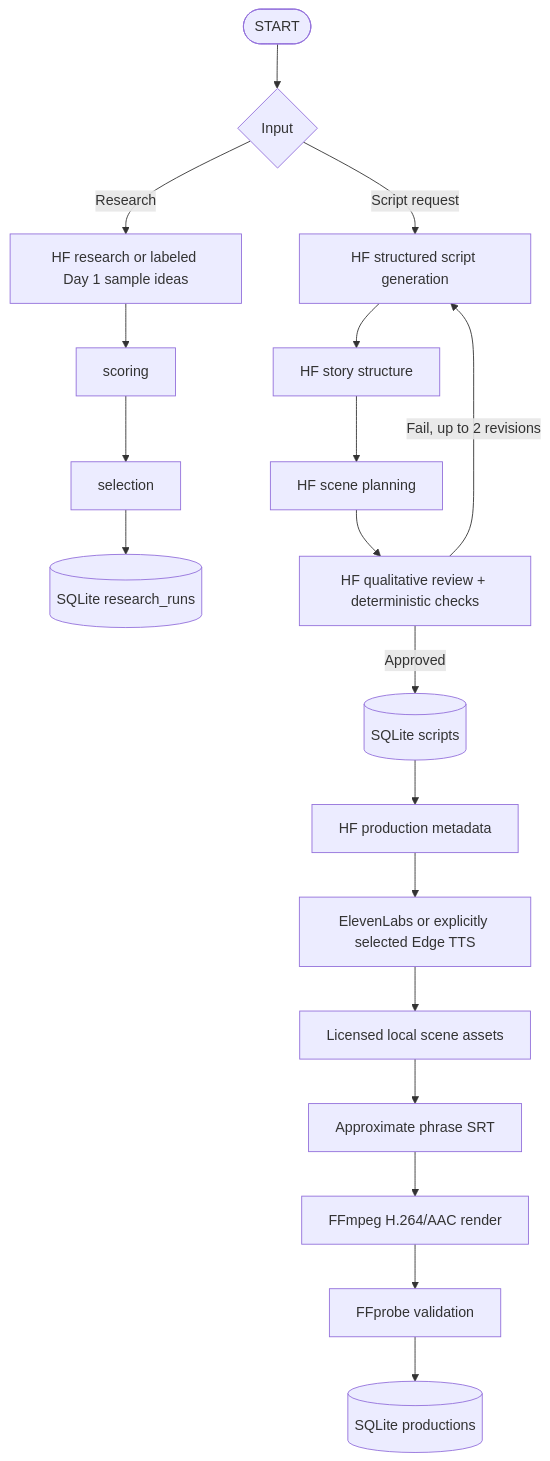
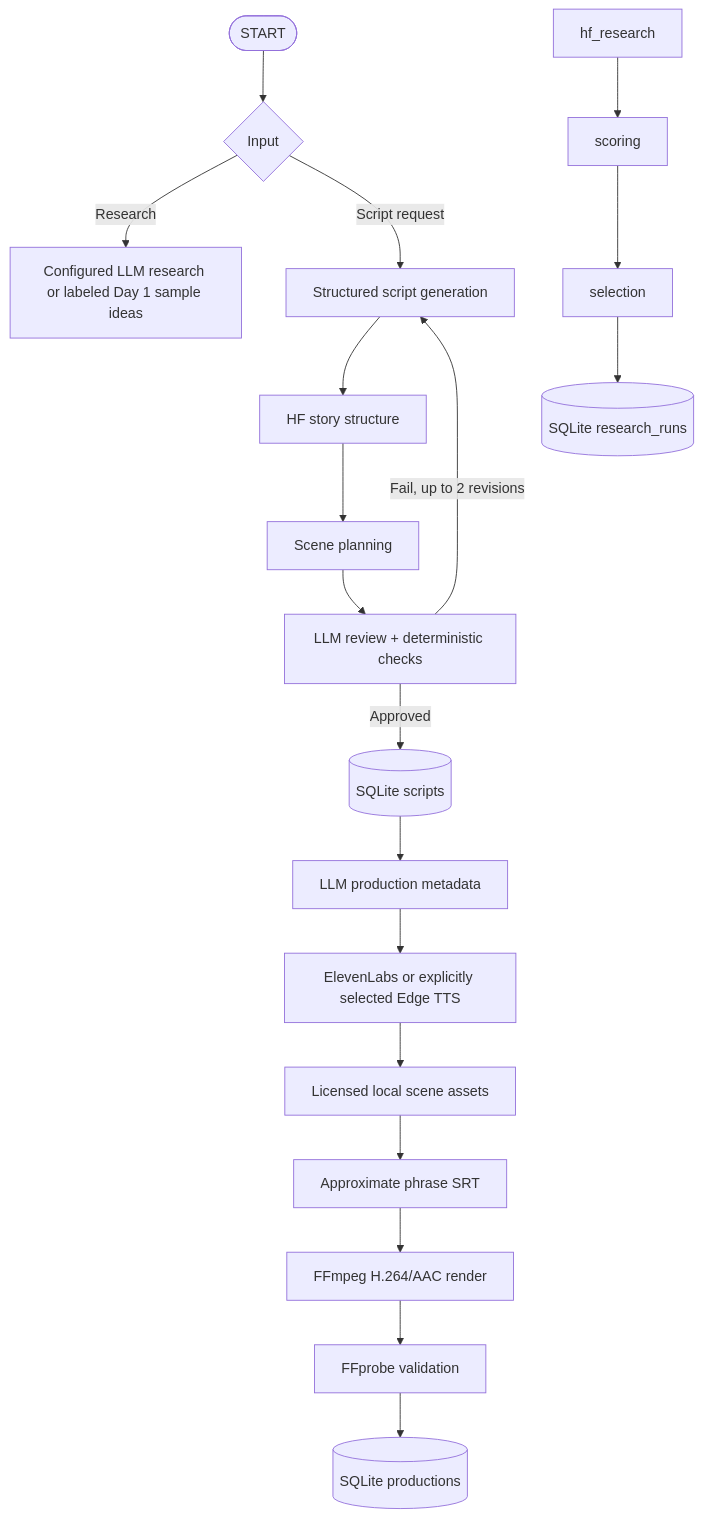
Before and after one commit to parshav42/youtube-agent: the diagram in README.md, drawn with Mermaid. The commit also changed other lines of this file and 27 other files, not shown here.

````diff
--- a/README.md
+++ b/README.md
@@ -9,19 +15,19 @@
 ```mermaid
 flowchart TD
     START([START]) --> route{Input}
-    route -->|Research| hf_research[HF research or labeled Day 1 sample ideas]
+    route -->|Research| llm_research[Configured LLM research or labeled Day 1 sample ideas]
     hf_research --> scoring --> selection --> research_db[(SQLite research_runs)]
-    route -->|Script request| generation[HF structured script generation]
+    route -->|Script request| generation[Structured script generation]
     generation --> story[HF story structure]
-    story --> scenes[HF scene planning]
-    scenes --> quality[HF qualitative review + deterministic checks]
+    story --> scenes[Scene planning]
+    scenes --> quality[LLM review + deterministic checks]
     quality -->|Fail, up to 2 revisions| generation
     quality -->|Approved| scripts_db[(SQLite scripts)]
-    scripts_db --> metadata[HF production metadata]
+    scripts_db --> metadata[LLM production metadata]
     metadata --> tts[ElevenLabs or explicitly selected Edge TTS]
     tts --> visuals[Licensed local scene assets]
     visuals --> subtitles[Approximate phrase SRT]
     subtitles --> ffmpeg[FFmpeg H.264/AAC render]
     ffmpeg --> media[FFprobe validation]
     media --> production_db[(SQLite productions)]
 ```
````
